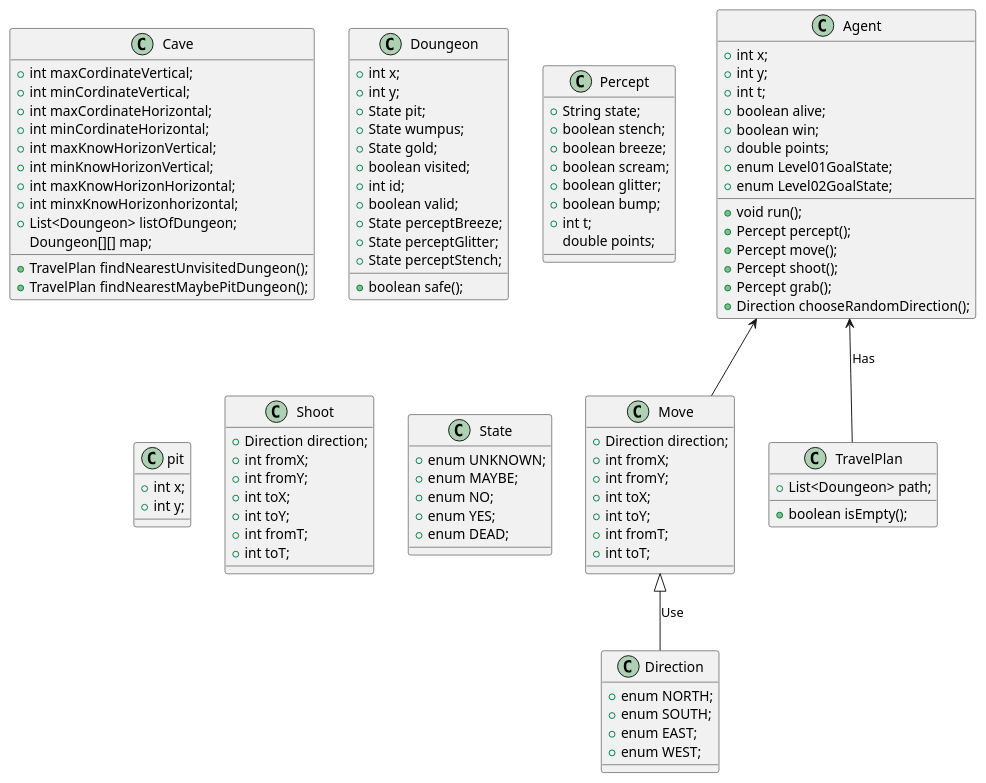
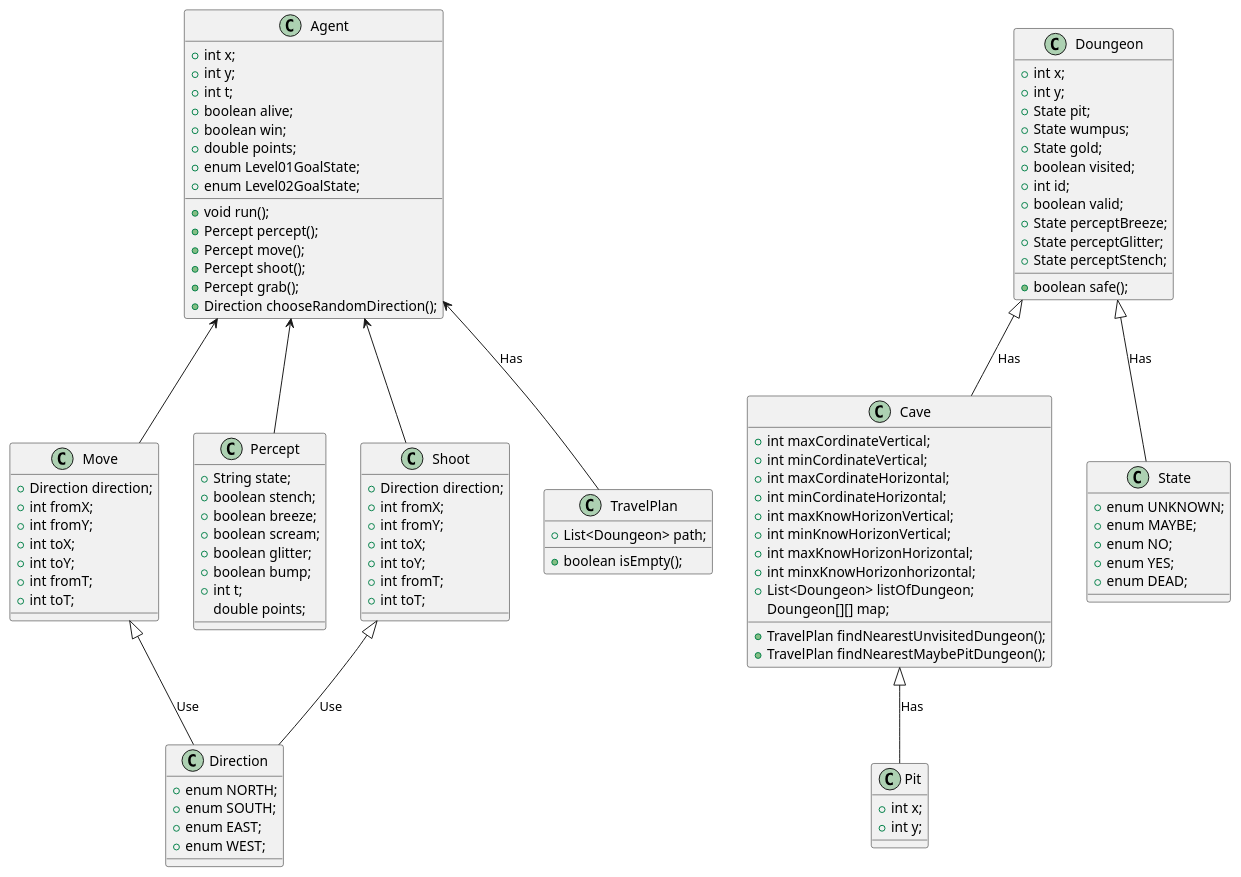
One commit to andredob/Wumpus-Agent changed the diagram in wumpus-agent-minimum2/info/WumpusUml(Version1).pu. Above: the diagram before and after it, drawn with PlantUML.

Commit message:
UML changes

```diff
--- a/wumpus-agent-minimum2/info/WumpusUml(Version1).pu
+++ b/wumpus-agent-minimum2/info/WumpusUml(Version1).pu
@@ -1,114 +1,120 @@
 @startuml
 
 class Agent{
   +int x;
   +int y;
   +int t;
   +boolean alive;
   +boolean win;
   +double points;
   +enum Level01GoalState;
   +enum Level02GoalState;
 
   +void run();
   +Percept percept();
   +Percept move();
   +Percept shoot();
   +Percept grab();
   +Direction chooseRandomDirection();
 }
 
 class Cave{
   +int maxCordinateVertical;
   +int minCordinateVertical;
   +int maxCordinateHorizontal;
   +int minCordinateHorizontal;
   +int maxKnowHorizonVertical;
   +int minKnowHorizonVertical;
   +int maxKnowHorizonHorizontal;
   +int minxKnowHorizonhorizontal;
   +List<Doungeon> listOfDungeon;
   Doungeon[][] map;
 
   +TravelPlan findNearestUnvisitedDungeon();
   +TravelPlan findNearestMaybePitDungeon();
 }
 
 class Direction{
   +enum NORTH;
   +enum SOUTH;
   +enum EAST;
   +enum WEST;
 }
 
 class Doungeon{
   +int x;
   +int y;
   +State pit;
   +State wumpus;
   +State gold;
   +boolean visited;
   +int id;
   +boolean valid;
   +State perceptBreeze;
   +State perceptGlitter;
   +State perceptStench;
 
   +boolean safe();
 }
 
 class Move{
   +Direction direction;
   +int fromX;
   +int fromY;
   +int toX;
   +int toY;
   +int fromT;
   +int toT;
 }
 
 class Percept{
   +String state;
   +boolean stench;
   +boolean breeze;
   +boolean scream;
   +boolean glitter;
   +boolean bump;
   +int t;
   double points;
 }
 
-class pit{
+class Pit{
   +int x;
   +int y;
 }
 
 class Shoot{
   +Direction direction;
   +int fromX;
   +int fromY;
   +int toX;
   +int toY;
   +int fromT;
   +int toT;
 }
 
 class State{
   +enum UNKNOWN;
   +enum MAYBE;
   +enum NO;
   +enum YES;
   +enum DEAD;
 }
 
 class TravelPlan{
   +List<Doungeon> path;
   +boolean isEmpty();
 }
 
 Agent<-- Move
+Agent<-- Shoot
+Agent<-- Percept
 Agent<-- TravelPlan : Has
 Move<|-- Direction : Use
+Shoot<|-- Direction : Use
+Doungeon<|--State : Has
+Doungeon<|--Cave : Has
+Cave<|-- Pit : Has
 
 
 @enduml
```
